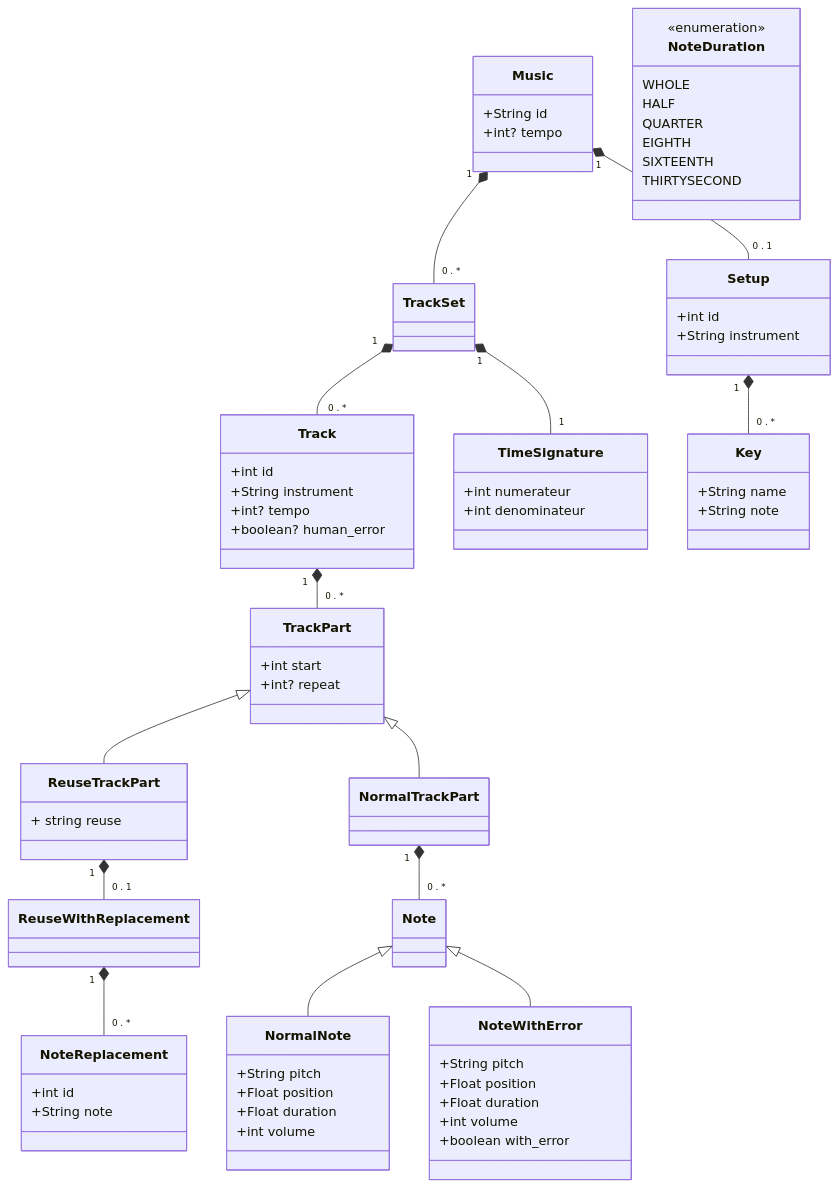
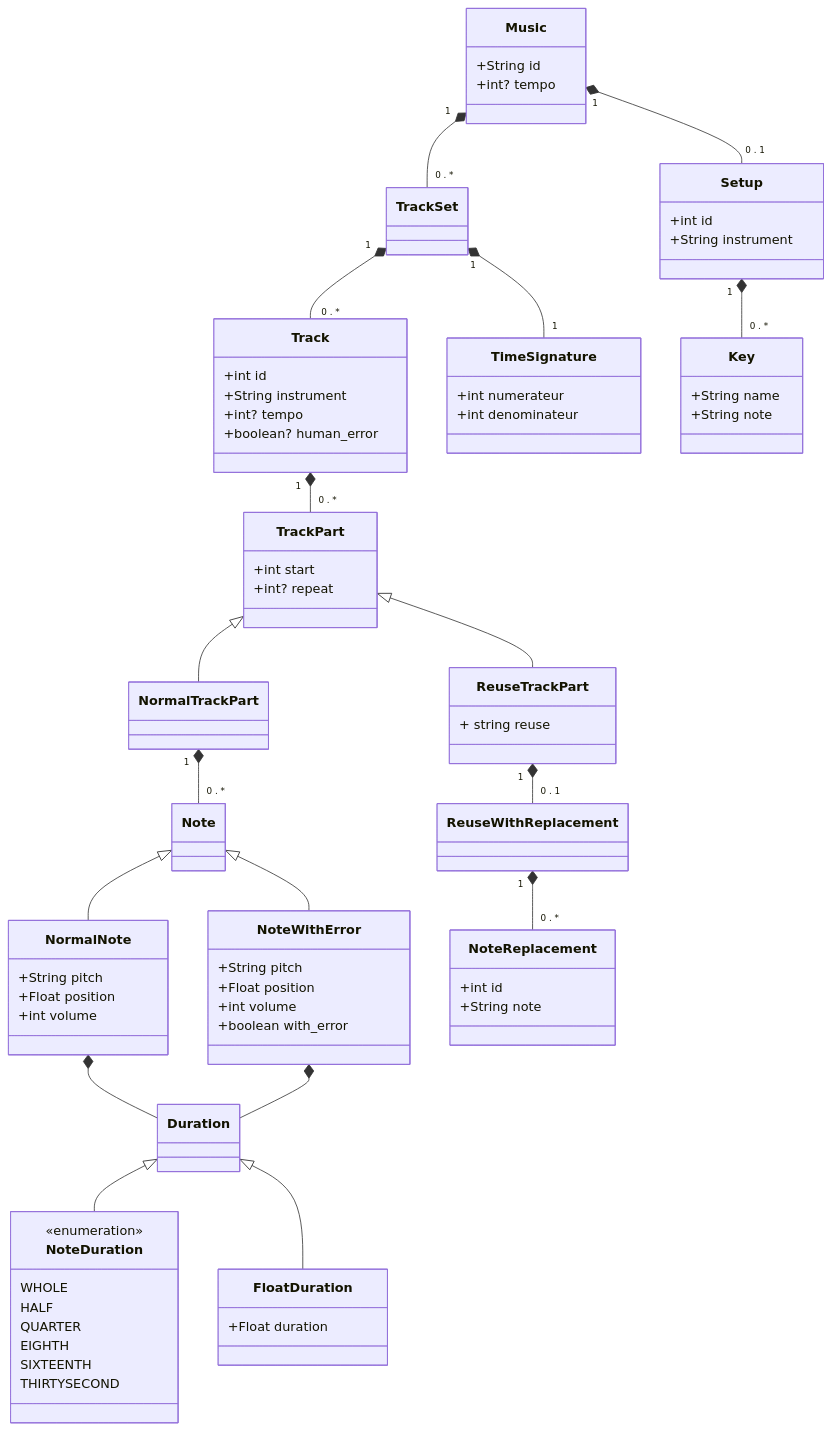
Before and after one commit to Jules-Prince/musicae: the diagram in README.md, drawn with Mermaid.

````diff
--- a/README.md
+++ b/README.md
@@ -120,15 +120,26 @@
     class NormalNote {
         +String pitch
         +Float position
-        +Float duration
         +int volume
     }
 
     class NoteWithError {
         +String pitch
         +Float position
-        +Float duration
         +int volume
         +boolean with_error
     }
+
+    Duration <|-- NoteDuration
+    Duration <|-- FloatDuration
+    NormalNote *-- Duration
+    NoteWithError *-- Duration
+
+    class Duration{
+
+    }
+
+    class FloatDuration{
+        +Float duration
+    }
 ```
````
